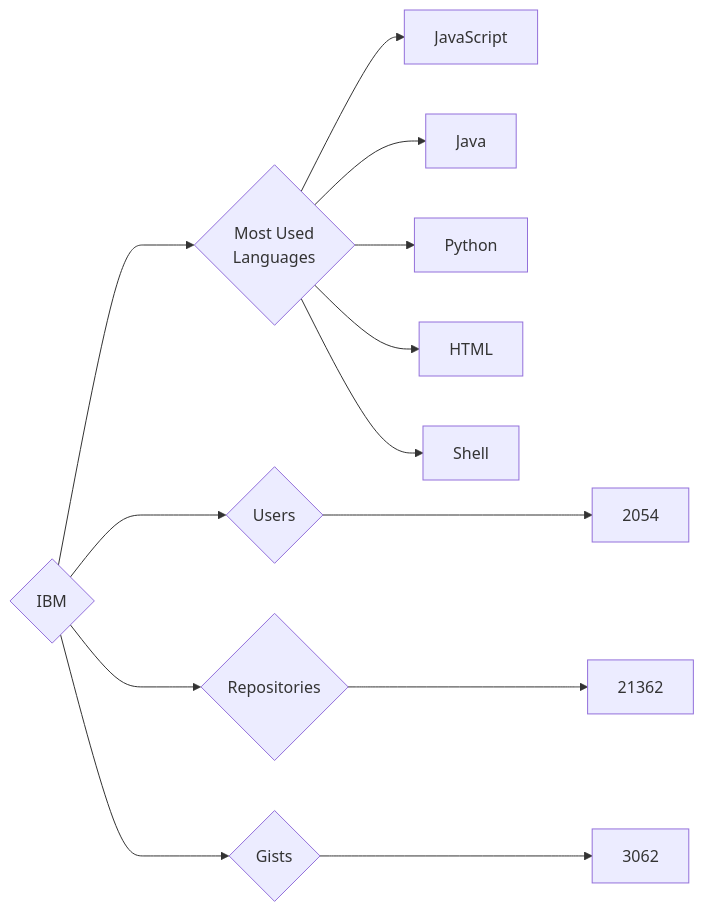
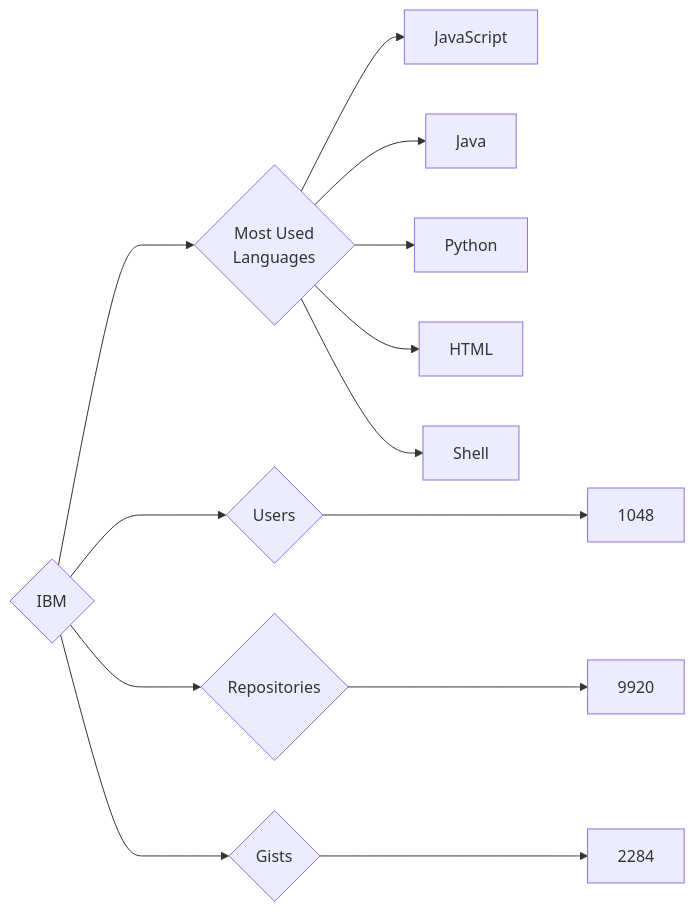
One commit to trickest/insiders changed the diagram in targets/IBM/README.md. Above: the diagram before and after it, drawn with Mermaid. The commit also changed 951 other files, not shown here.

````diff
--- a/targets/IBM/README.md
+++ b/targets/IBM/README.md
@@ -3,13 +3,13 @@
 ```mermaid
 graph LR
 COMPANY_NAME{IBM}
-COMPANY_NAME ---> U{Users} ---> UN[2054]
-COMPANY_NAME ---> R{Repositories} ---> RN[21362]
-COMPANY_NAME ---> G{Gists} ---> GN[3062]
+COMPANY_NAME ---> U{Users} ---> UN[1048]
+COMPANY_NAME ---> R{Repositories} ---> RN[9920]
+COMPANY_NAME ---> G{Gists} ---> GN[2284]
 COMPANY_NAME ---> ML{Most Used<br>Languages}
-ML --> JavaScript
-ML --> Java
-ML --> Python
-ML --> HTML
-ML --> Shell
+ML --> JavaScript[JavaScript]
+ML --> Java[Java]
+ML --> Python[Python]
+ML --> HTML[HTML]
+ML --> Shell[Shell]
 ```
````
